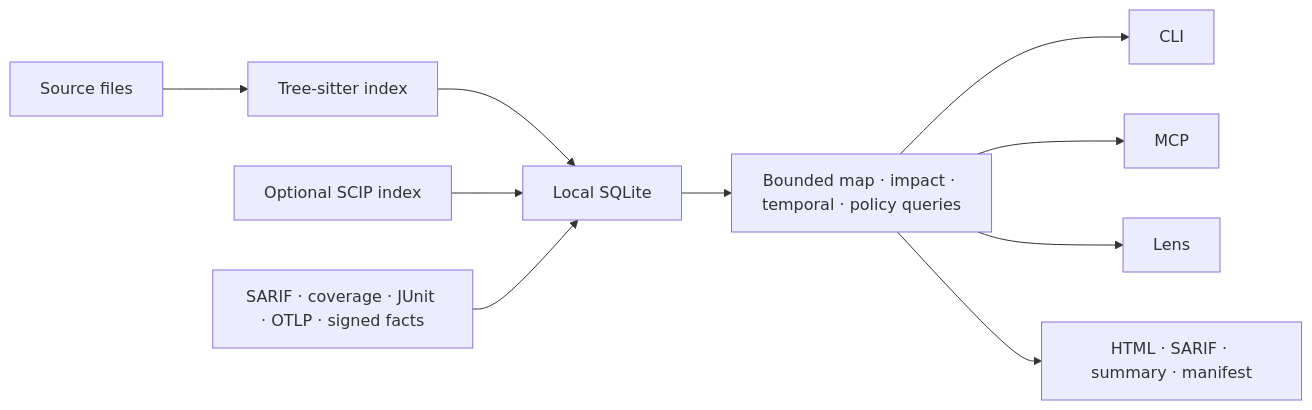
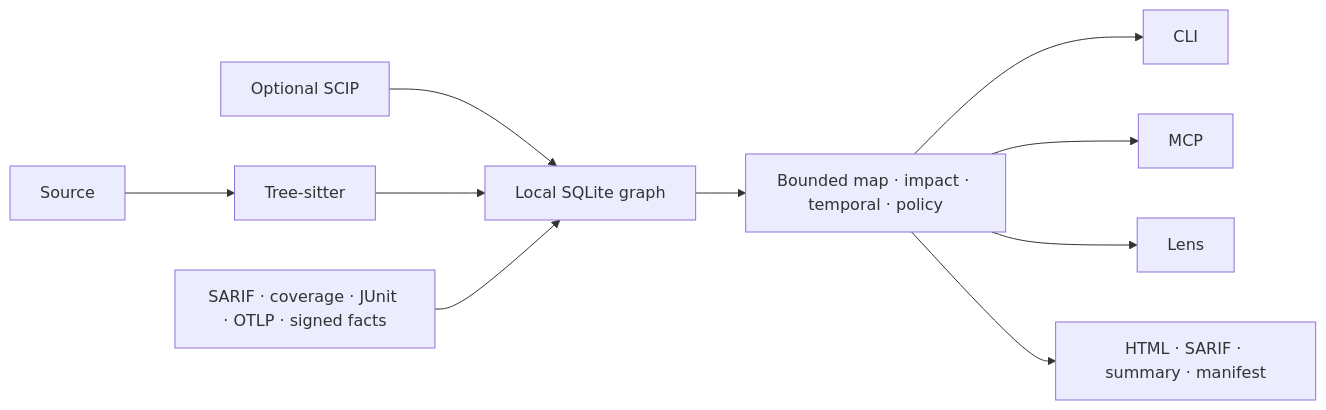
One commit to xcrft/mastermind changed the diagram in README.md. Above: the diagram before and after it, drawn with Mermaid. The commit also changed other lines of this file and 49 other files, not shown here.

````diff
--- a/README.md
+++ b/README.md
@@ -75,12 +205,12 @@
 ```mermaid
 flowchart LR
-  S["Source files"] --> T["Tree-sitter index"]
-  T --> D["Local SQLite"]
-  P["Optional SCIP index"] --> D
-  E["SARIF · coverage · JUnit · OTLP · signed facts"] --> D
-  D --> Q["Bounded map · impact · temporal · policy queries"]
+  S["Source"] --> T["Tree-sitter"]
+  P["Optional SCIP"] --> G["Local SQLite graph"]
+  T --> G
+  E["SARIF · coverage · JUnit · OTLP · signed facts"] --> G
+  G --> Q["Bounded map · impact · temporal · policy"]
   Q --> C["CLI"]
   Q --> M["MCP"]
   Q --> L["Lens"]
   Q --> R["HTML · SARIF · summary · manifest"]
 ```
````
